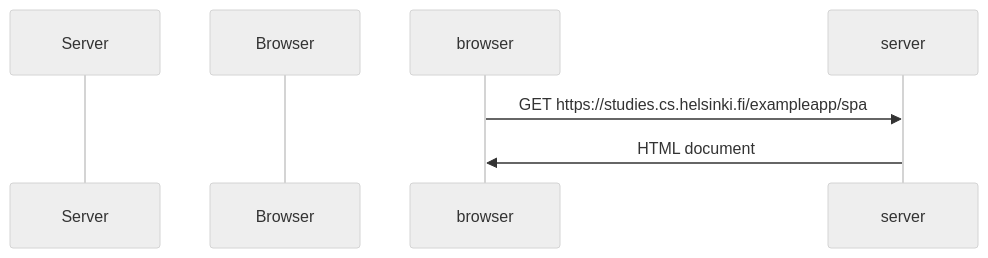
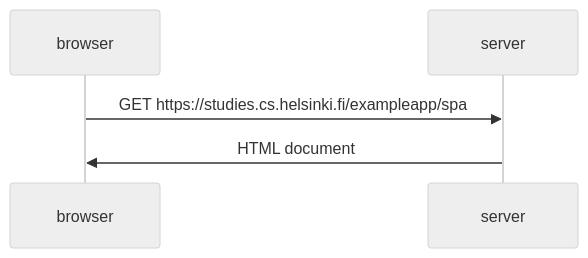
The diagram in part0/newNoteDiagram.md (Sprachenmeister/Full_Stack_Open), drawn with Mermaid (neutral theme) before and after one commit.

````diff
--- a/part0/newNoteDiagram.md
+++ b/part0/newNoteDiagram.md
@@ -3,9 +3,7 @@
 ```mermaid
 sequenceDiagram
-    participant Server
-    participant Browser
 
     browser->>server: GET https://studies.cs.helsinki.fi/exampleapp/spa 
     server->>browser: HTML document
 
 ```
````
